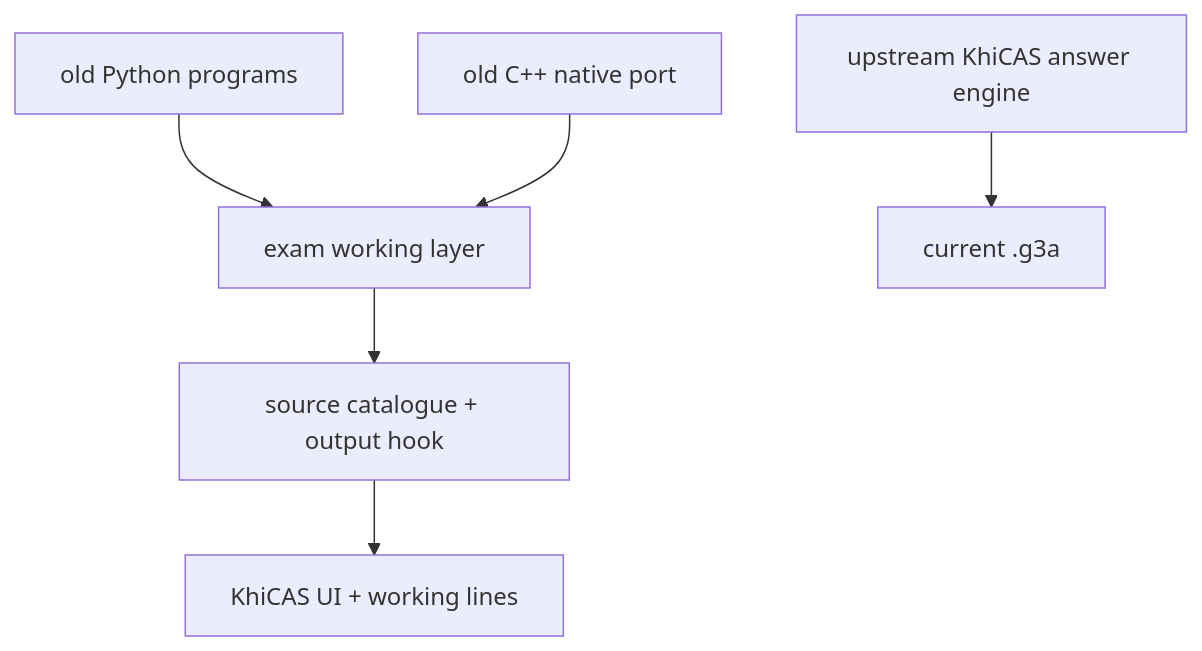
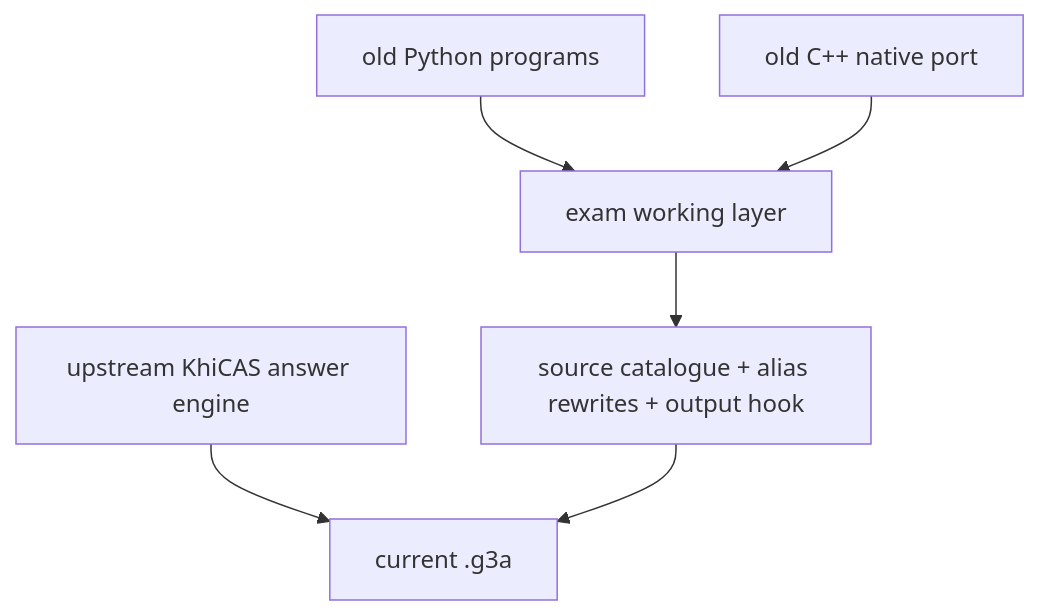
The diagram in c++/FEATURE_PARITY.md (james8464/notes-addin-casio-fx-cg50), drawn with Mermaid before and after one commit. The commit also changed other lines of this file and 7 other files, not shown here.

Commit message:
Expose old Python features in KhiCAS shell

````diff
--- a/c++/FEATURE_PARITY.md
+++ b/c++/FEATURE_PARITY.md
@@ -3,8 +3,8 @@
 ```mermaid
 graph TD
   Py["old Python programs"] --> Work["exam working layer"]
   OldCpp["old C++ native port"] --> Work
   Khi["upstream KhiCAS answer engine"] --> App["current .g3a"]
-  Work --> Hook["source catalogue + output hook"]
-  Hook --> Future["KhiCAS UI + working lines"]
+  Work --> Hook["source catalogue + alias rewrites + output hook"]
+  Hook --> App
 ```
````
